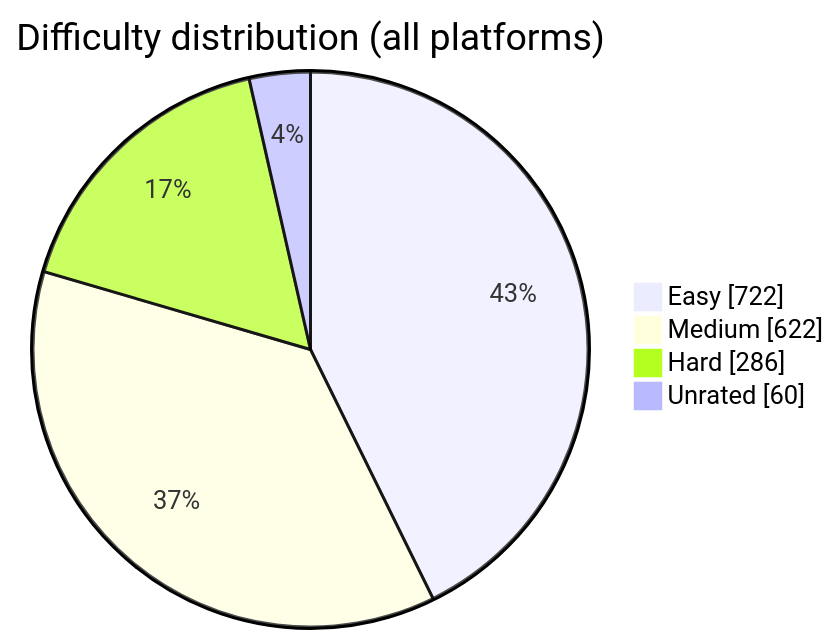
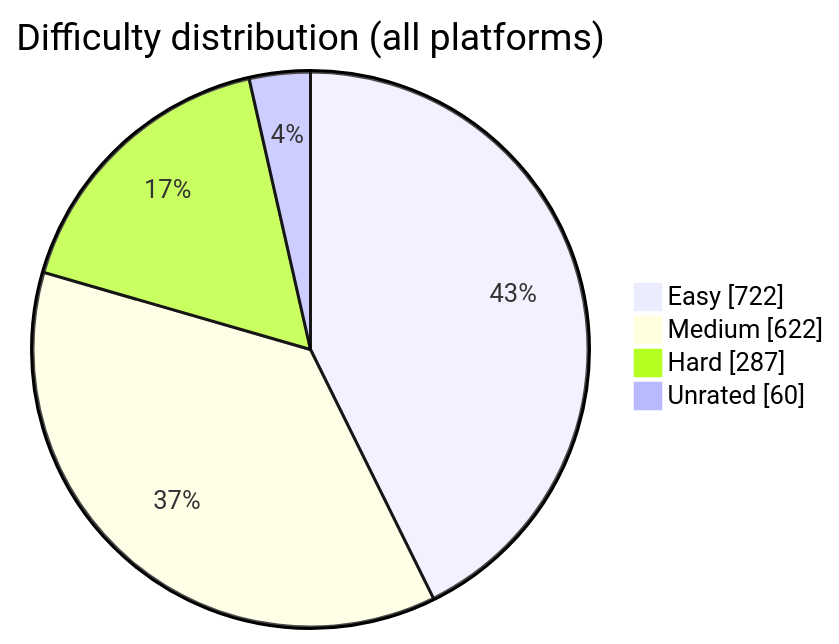
One commit to BuildbyArindam/Daily-Coding-Log changed the diagram in README.md. Above: the diagram before and after it, drawn with Mermaid. The commit also changed other lines of this file, not shown here.

````diff
--- a/README.md
+++ b/README.md
@@ -93,7 +93,7 @@
 ```mermaid
 pie showData title Difficulty distribution (all platforms)
     "Easy" : 722
     "Medium" : 622
-    "Hard" : 286
+    "Hard" : 287
     "Unrated" : 60
 ```
````
